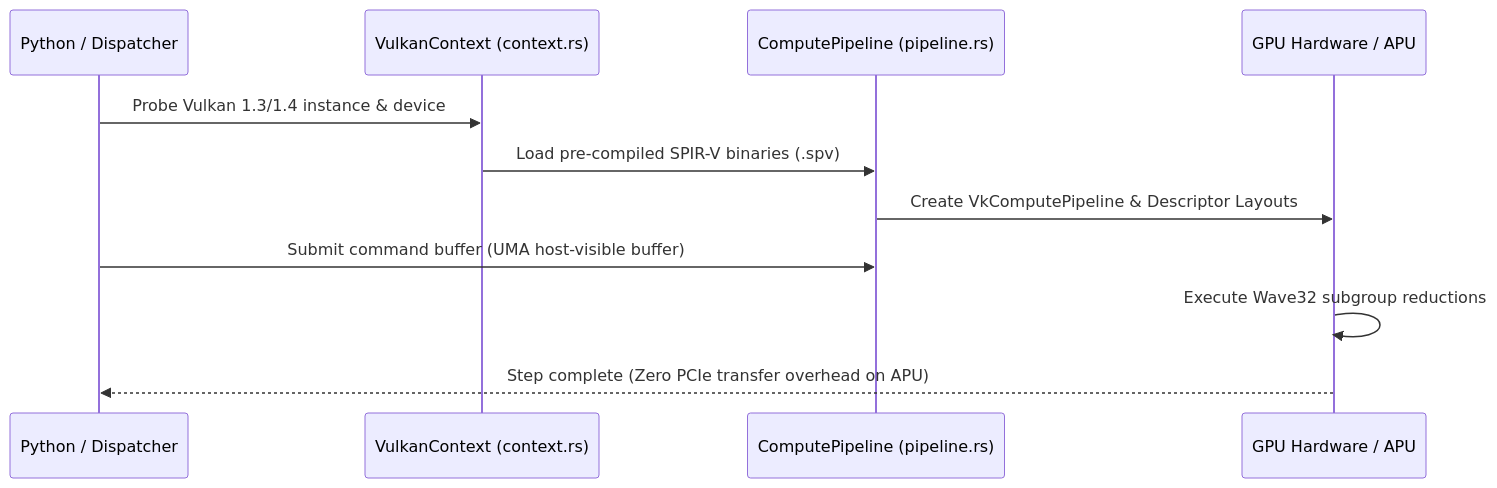
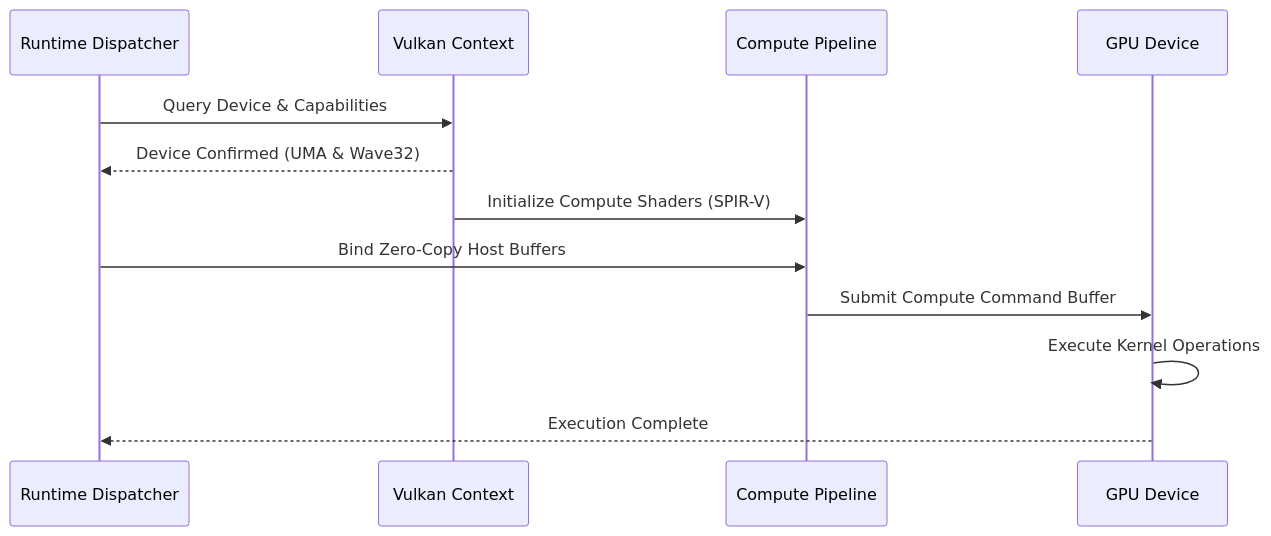
Before and after one commit to cloverx-id/luminamoon: the diagram in docs/optimize/vulkan/README.md, drawn with Mermaid. The commit also changed 33 other files, not shown here.

Commit message:
change diagram style

````diff
--- a/docs/optimize/vulkan/README.md
+++ b/docs/optimize/vulkan/README.md
@@ -13,14 +13,15 @@
 ```mermaid
 sequenceDiagram
-    participant Host as Python / Dispatcher
-    participant Ctx as VulkanContext (context.rs)
-    participant Pipe as ComputePipeline (pipeline.rs)
-    participant Dev as GPU Hardware / APU
+    participant Dispatcher as Runtime Dispatcher
+    participant Context as Vulkan Context
+    participant Pipeline as Compute Pipeline
+    participant GPU as GPU Device
 
-    Host->>Ctx: Probe Vulkan 1.3/1.4 instance & device
-    Ctx->>Pipe: Load pre-compiled SPIR-V binaries (.spv)
-    Pipe->>Dev: Create VkComputePipeline & Descriptor Layouts
-    Host->>Pipe: Submit command buffer (UMA host-visible buffer)
-    Dev->>Dev: Execute Wave32 subgroup reductions
-    Dev-->>Host: Step complete (Zero PCIe transfer overhead on APU)
+    Dispatcher->>Context: Query Device & Capabilities
+    Context-->>Dispatcher: Device Confirmed (UMA & Wave32)
+    Context->>Pipeline: Initialize Compute Shaders (SPIR-V)
+    Dispatcher->>Pipeline: Bind Zero-Copy Host Buffers
+    Pipeline->>GPU: Submit Compute Command Buffer
+    GPU->>GPU: Execute Kernel Operations
+    GPU-->>Dispatcher: Execution Complete
 ```
````
